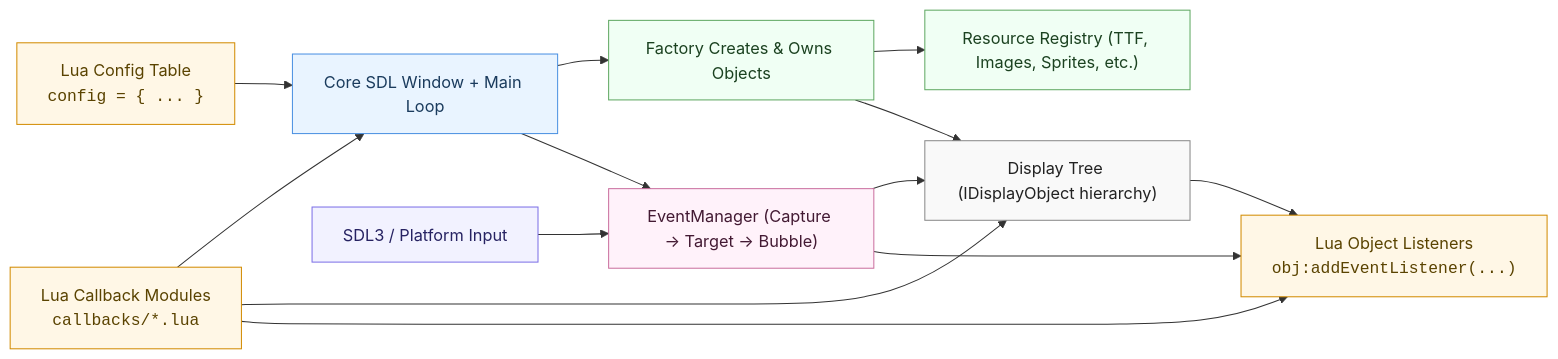
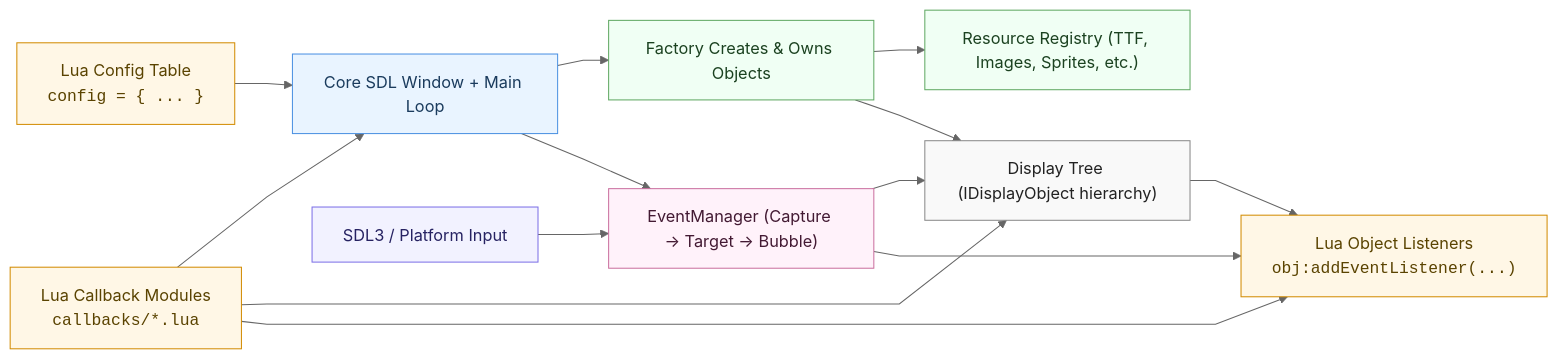
Before and after one commit to warte67/SDOM: the first of 3 diagrams in docs/extensible_factory.md, drawn with Mermaid. The commit also changed other lines of this file and 1 other file, not shown here.

```diff
--- a/docs/extensible_factory.md
+++ b/docs/extensible_factory.md
@@ -115,42 +113,43 @@
 <div class="mermaid">
+%%{init: { "theme": "neutral", "flowchart": { "curve": "linear" } }}%%
 flowchart LR
 
     %% Classes
     classDef lua fill:#fff7e6,stroke:#d28b00,color:#5a4300,stroke-width:1px
     classDef core fill:#e9f4ff,stroke:#4a90e2,color:#1a3b5d,stroke-width:1px
     classDef factory fill:#f0fff4,stroke:#5fa862,color:#1b4220,stroke-width:1px
     classDef display fill:#f9f9f9,stroke:#888,color:#222,stroke-width:1px
     classDef event fill:#fff2fa,stroke:#ca6f9e,color:#431a33,stroke-width:1px
     classDef external fill:#f2f2ff,stroke:#7c6fe6,color:#262262,stroke-width:1px
 
     %% Nodes
     LuaConfig["Lua Config Table<br/><code>config = { ... }</code>"]:::lua
     Callbacks["Lua Callback Modules<br/><code>callbacks/*.lua</code>"]:::lua
 
     Core["Core SDL Window + Main Loop"]:::core
     Factory["Factory Creates & Owns Objects"]:::factory
     Resources["Resource Registry (TTF, Images, Sprites, etc.)"]:::factory
     DisplayTree["Display Tree (IDisplayObject hierarchy)"]:::display
 
     EventMgr["EventManager (Capture → Target → Bubble)"]:::event
     LuaEventListeners["Lua Object Listeners<br/><code>obj:addEventListener(...)</code>"]:::lua
 
     SDL3["SDL3 / Platform Input"]:::external
 
     %% Relationships
     LuaConfig --> Core
     Core --> Factory
     Factory --> Resources
     Factory --> DisplayTree
 
     Core --> EventMgr
     EventMgr --> DisplayTree
     DisplayTree --> LuaEventListeners
 
     Callbacks --> Core
     Callbacks --> DisplayTree
     Callbacks --> LuaEventListeners
 
     SDL3 --> EventMgr
     EventMgr --> LuaEventListeners
 </div>
```
